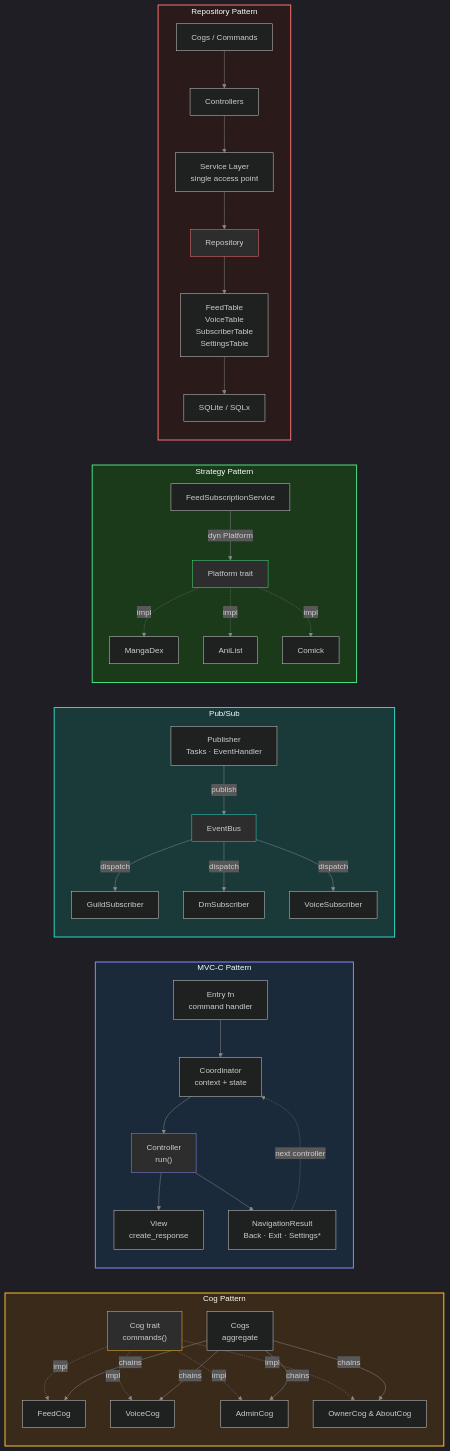
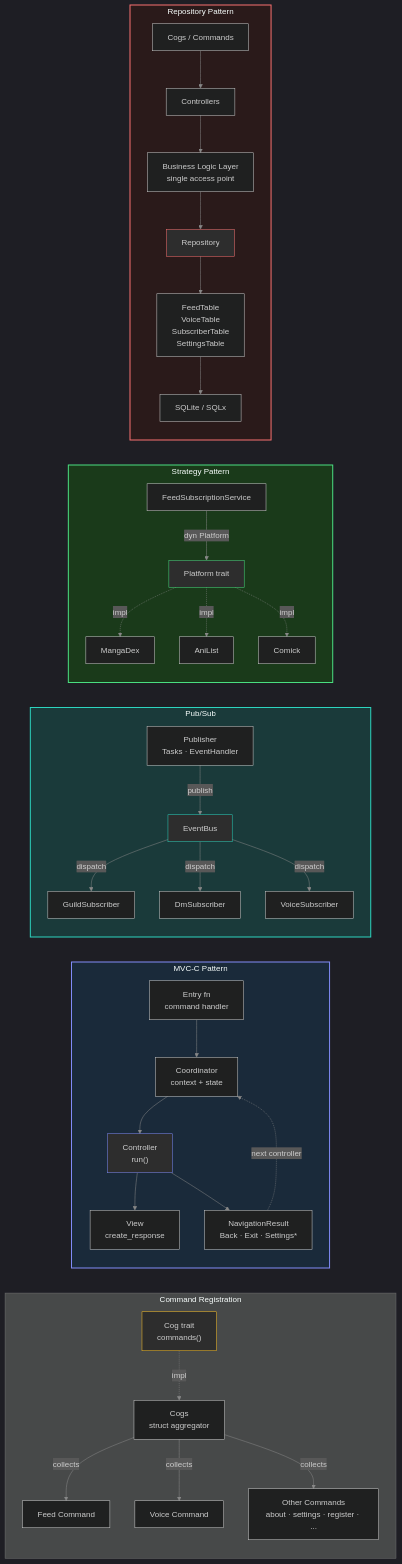
The diagram in docs/diagrams/architecture-patterns.mmd (FAZuH/pwr-bot), drawn with Mermaid before and after one commit. The commit also changed 8 other files, not shown here.

```diff
--- a/docs/diagrams/architecture-patterns.mmd
+++ b/docs/diagrams/architecture-patterns.mmd
@@ -1,81 +1,79 @@
 %%{init: {
   'theme': 'dark',
   'themeVariables': {
     'primaryColor': '#1e1e1e',
     'primaryTextColor': '#ffffff',
     'primaryBorderColor': '#ffffff',
     'lineColor': '#888888',
     'secondaryColor': '#2d2d2d',
     'tertiaryColor': '#1e1e1e'
   }
 }}%%
 graph LR
-    subgraph CogPattern["Cog Pattern"]
+    subgraph CommandAggregation["Command Registration"]
         direction TB
         CogTrait["Cog trait<br/>commands()"]
-        Cogs2["Cogs<br/>aggregate"]
-        FC["FeedCog"]
-        VC["VoiceCog"]
-        AC["AdminCog"]
-        OC["OwnerCog & AboutCog"]
-        CogTrait -.->|impl| FC & VC & AC & OC
-        Cogs2 -->|chains| FC & VC & AC & OC
+        Cogs2["Cogs<br/>struct aggregator"]
+        FeedCmd["Feed Command"]
+        VoiceCmd["Voice Command"]
+        OtherCmds["Other Commands<br/>about · settings · register · ..."]
+        CogTrait -.->|impl| Cogs2
+        Cogs2 -->|collects| FeedCmd & VoiceCmd & OtherCmds
     end
 
     subgraph MVCC["MVC-C Pattern"]
         direction TB
         Entry["Entry fn<br/>command handler"]
         Coord["Coordinator<br/>context + state"]
         Ctrl["Controller<br/>run()"]
         View2["View<br/>create_response"]
         Nav["NavigationResult<br/>Back · Exit · Settings*"]
         Entry --> Coord --> Ctrl
         Ctrl --> View2
         Ctrl --> Nav
         Nav -.->|next controller| Coord
     end
 
     subgraph PubSub2["Pub/Sub"]
         direction TB
         Pub["Publisher<br/>Tasks · EventHandler"]
         Bus["EventBus"]
         S1["GuildSubscriber"]
         S2["DmSubscriber"]
         S3["VoiceSubscriber"]
         Pub -->|publish| Bus
         Bus -->|dispatch| S1 & S2 & S3
     end
 
     subgraph Strategy["Strategy Pattern"]
         direction TB
         Svc["FeedSubscriptionService"]
         PT["Platform trait"]
         MD["MangaDex"]
         AL["AniList"]
         CK["Comick"]
         Svc -->|dyn Platform| PT
         PT -.->|impl| MD & AL & CK
     end
 
     subgraph RepoPat["Repository Pattern"]
         direction TB
         Cogs["Cogs / Commands"]
         Controllers["Controllers"]
-        ServiceLayer["Service Layer<br/>single access point"]
+        BusinessLogic["Business Logic Layer<br/>single access point"]
         RepTrait["Repository"]
         Tables["FeedTable<br/>VoiceTable<br/>SubscriberTable<br/>SettingsTable"]
         DB["SQLite / SQLx"]
-        Cogs --> Controllers --> ServiceLayer --> RepTrait --> Tables --> DB
+        Cogs --> Controllers --> BusinessLogic --> RepTrait --> Tables --> DB
     end
 
-    style CogPattern fill:#3a2a1a,stroke:#fbbf24,stroke-width:2px
     style MVCC fill:#1a2a3a,stroke:#818cf8,stroke-width:2px
     style PubSub2 fill:#1a3a3a,stroke:#2dd4bf,stroke-width:2px
     style Strategy fill:#1a3a1a,stroke:#4ade80,stroke-width:2px
     style RepoPat fill:#2a1a1a,stroke:#f87171,stroke-width:2px
 
     style Bus fill:#2d2d2d,stroke:#2dd4bf
     style PT fill:#2d2d2d,stroke:#4ade80
     style RepTrait fill:#2d2d2d,stroke:#f87171
     style Ctrl fill:#2d2d2d,stroke:#818cf8
     style CogTrait fill:#2d2d2d,stroke:#fbbf24
```
